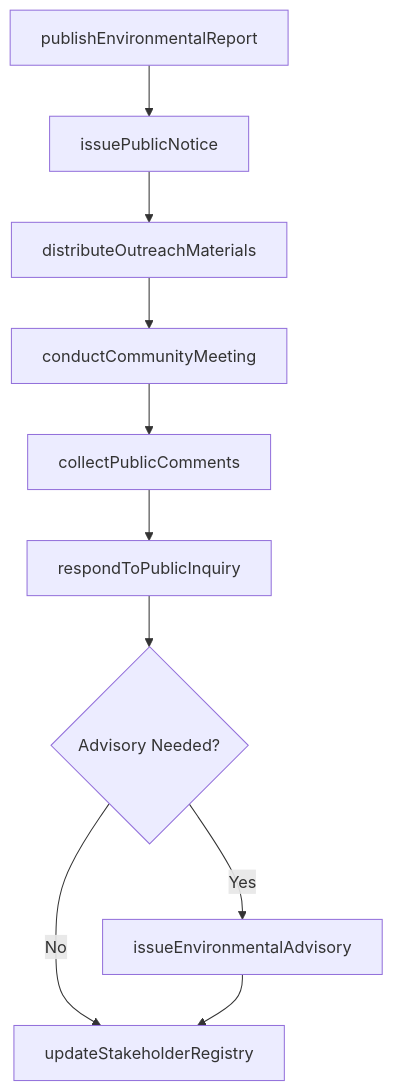
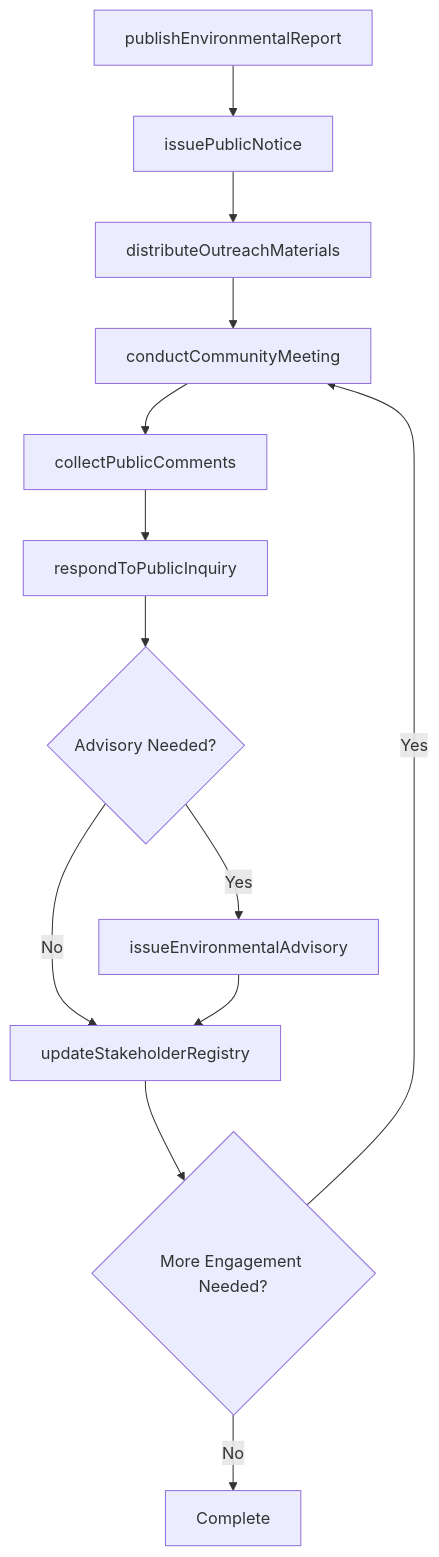
One commit to dot-org-ai/tasks.org.ai changed the third of 4 diagrams in CommunicatingWithSupervisorsPeersOrSubordinates/CommunicateEnvironmentalOrSustainabilityInformation/CommunicatePublicEnvironmentalIssues.mdx. Above: the diagram before and after it, drawn with Mermaid. The commit also changed other lines of this file and 266 other files, not shown here.

First line of the commit message:
feat: Add ER diagrams, state diagrams to wave 2 batch (251 DWA files)

````diff
--- a/CommunicatingWithSupervisorsPeersOrSubordinates/CommunicateEnvironmentalOrSustainabilityInformation/CommunicatePublicEnvironmentalIssues.mdx
+++ b/CommunicatingWithSupervisorsPeersOrSubordinates/CommunicateEnvironmentalOrSustainabilityInformation/CommunicatePublicEnvironmentalIssues.mdx
@@ -89,12 +116,15 @@
 ```mermaid
 graph TD
     A[publishEnvironmentalReport] --> B[issuePublicNotice]
     B --> C[distributeOutreachMaterials]
     C --> D[conductCommunityMeeting]
     D --> E[collectPublicComments]
     E --> F[respondToPublicInquiry]
     F --> G{Advisory Needed?}
     G -->|Yes| H[issueEnvironmentalAdvisory]
     G -->|No| I[updateStakeholderRegistry]
     H --> I
+    I --> J{More Engagement Needed?}
+    J -->|Yes| D
+    J -->|No| K[Complete]
 ```
````
